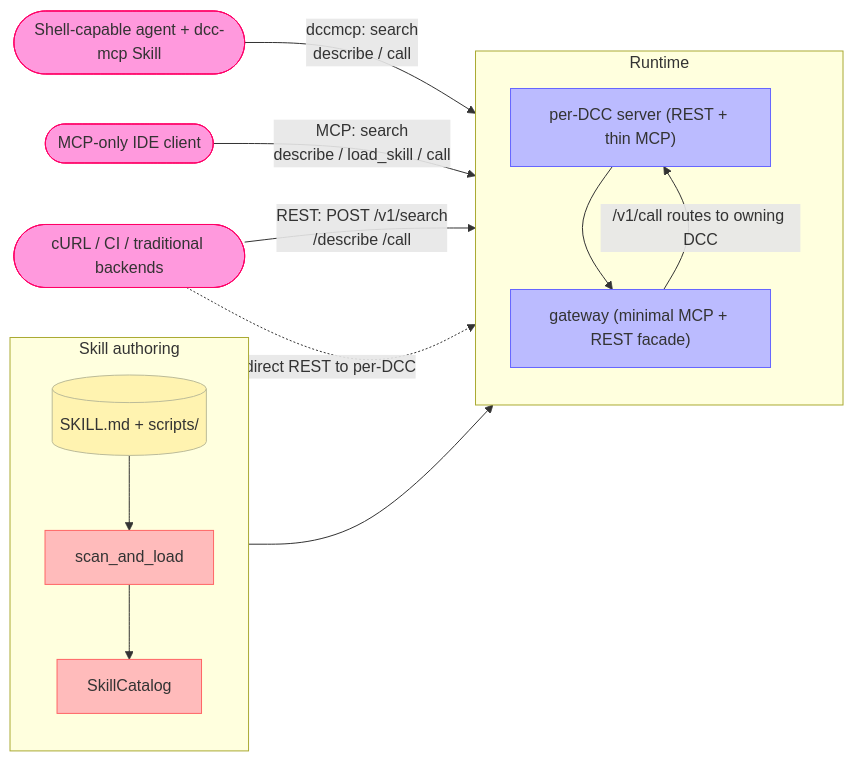
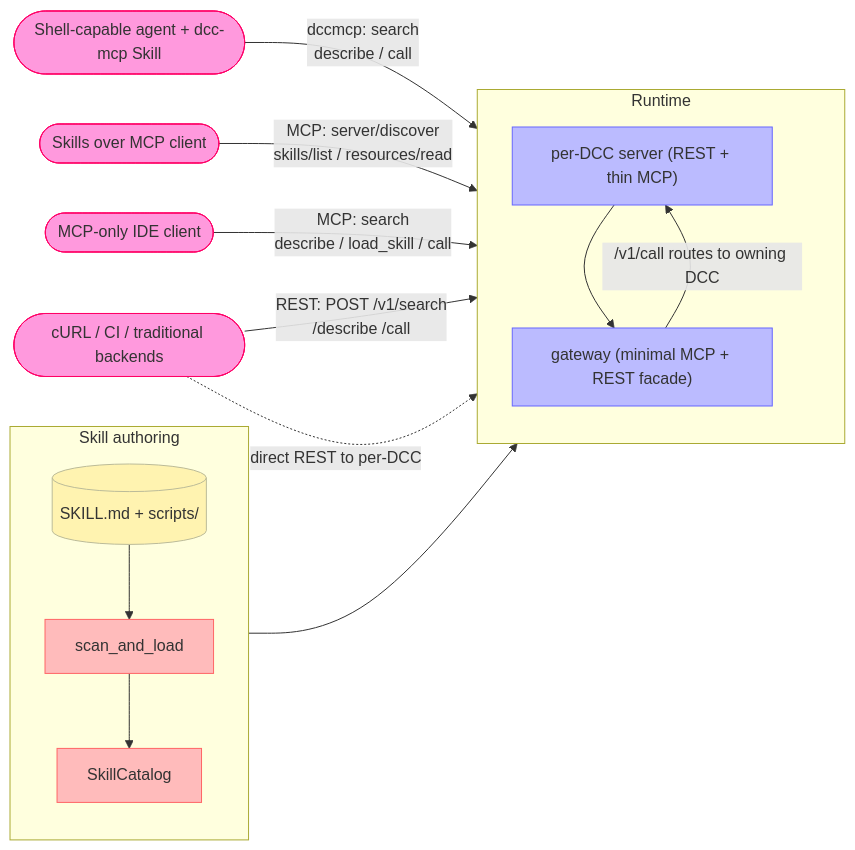
One commit to dcc-mcp/dcc-mcp-core changed the diagram in docs/guide/what-is-dcc-mcp-core.md. Above: the diagram before and after it, drawn with Mermaid. The commit also changed other lines of this file and 35 other files, not shown here.

Commit message:
docs: highlight Skills over MCP support

````diff
--- a/docs/guide/what-is-dcc-mcp-core.md
+++ b/docs/guide/what-is-dcc-mcp-core.md
@@ -15,33 +16,35 @@
 ```mermaid
 flowchart LR
     subgraph Author["Skill authoring"]
       direction TB
       SKILL[(SKILL.md + scripts/)]:::yaml
       SCAN[scan_and_load]:::rust
       CAT[SkillCatalog]:::rust
       SKILL --> SCAN --> CAT
     end
 
     subgraph Runtime["Runtime"]
       direction TB
       PERDCC["per-DCC server (REST + thin MCP)"]:::server
       GW["gateway (minimal MCP + REST facade)"]:::server
       CAT --> PERDCC
       PERDCC --> GW
     end
 
     AGENT([Shell-capable agent + dcc-mcp Skill]):::client
+    SKCLIENT([Skills over MCP client]):::client
     IDE([MCP-only IDE client]):::client
     TRAD([cURL / CI / traditional backends]):::client
 
     AGENT -->|dccmcp: search<br/>describe / call| GW
+    SKCLIENT -->|MCP: server/discover<br/>skills/list / resources/read| PERDCC
     IDE -->|MCP: search<br/>describe / load_skill / call| GW
     TRAD -->|REST: POST /v1/search<br/>/describe /call| GW
     TRAD -.->|direct REST to per-DCC| PERDCC
     GW -->|/v1/call routes to owning DCC| PERDCC
 
     classDef yaml fill:#fff3b0,stroke:#bb9,color:#333
     classDef rust fill:#fbb,stroke:#f66,color:#333
     classDef server fill:#bbf,stroke:#66f,color:#333
     classDef client fill:#f9d,stroke:#f06,color:#333
 ```
````
